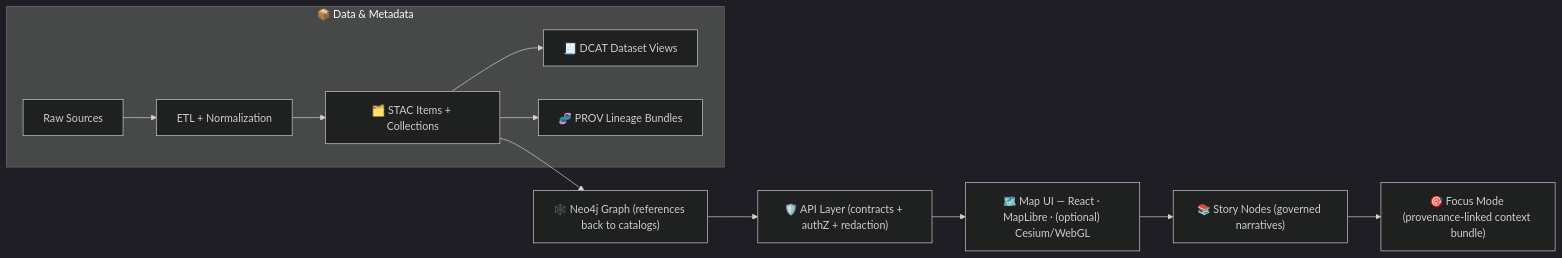
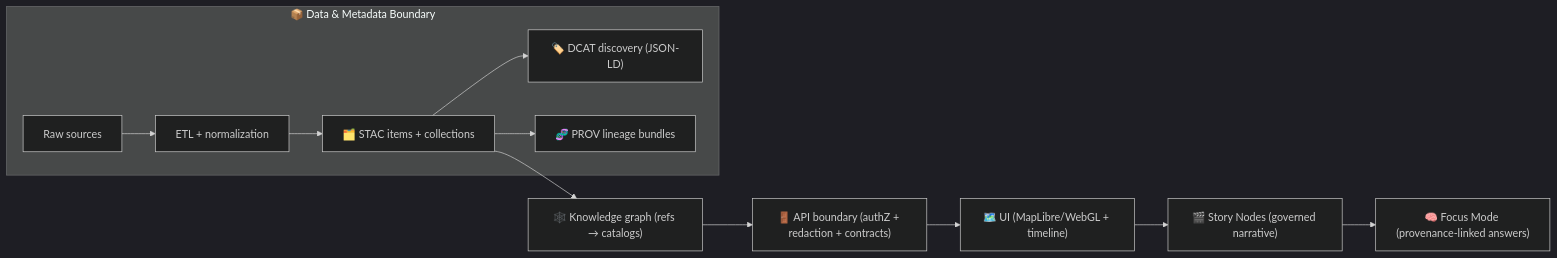
Before and after one commit to bartytime4life/Kansas-Frontier-Matrix: the diagram in data/README.md, drawn with Mermaid (dark theme). The commit also changed other lines of this file, not shown here.

````diff
--- a/data/README.md
+++ b/data/README.md
@@ -102,15 +133,15 @@
 ```mermaid
 flowchart LR
-  subgraph Data["📦 Data & Metadata"]
-    A["Raw Sources"] --> B["ETL + Normalization"]
-    B --> C["🗂️ STAC Items + Collections"]
-    C --> D["🧾 DCAT Dataset Views"]
-    C --> E["🧬 PROV Lineage Bundles"]
+  subgraph Data["📦 Data & Metadata Boundary"]
+    A["Raw sources"] --> B["ETL + normalization"]
+    B --> C["🗂️ STAC items + collections"]
+    C --> D["🏷️ DCAT discovery (JSON-LD)"]
+    C --> E["🧬 PROV lineage bundles"]
   end
 
-  C --> G["🕸️ Neo4j Graph (references back to catalogs)"]
-  G --> H["🛡️ API Layer (contracts + authZ + redaction)"]
-  H --> I["🗺️ Map UI — React · MapLibre · (optional) Cesium/WebGL"]
-  I --> J["📚 Story Nodes (governed narratives)"]
-  J --> K["🎯 Focus Mode (provenance-linked context bundle)"]
+  C --> G["🕸️ Knowledge graph (refs → catalogs)"]
+  G --> H["🚪 API boundary (authZ + redaction + contracts)"]
+  H --> I["🗺️ UI (MapLibre/WebGL + timeline)"]
+  I --> J["🎬 Story Nodes (governed narrative)"]
+  J --> K["🧠 Focus Mode (provenance-linked answers)"]
 ```
````
